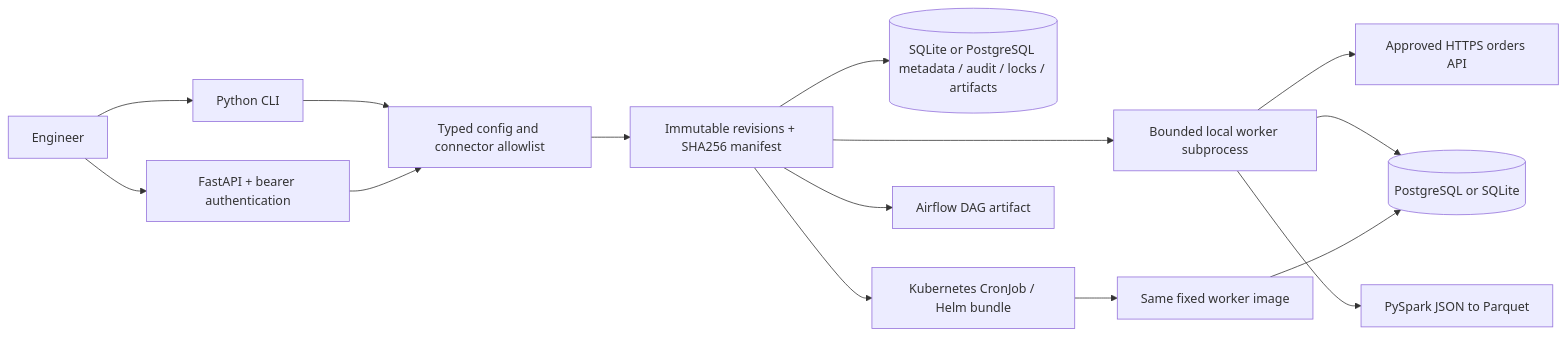
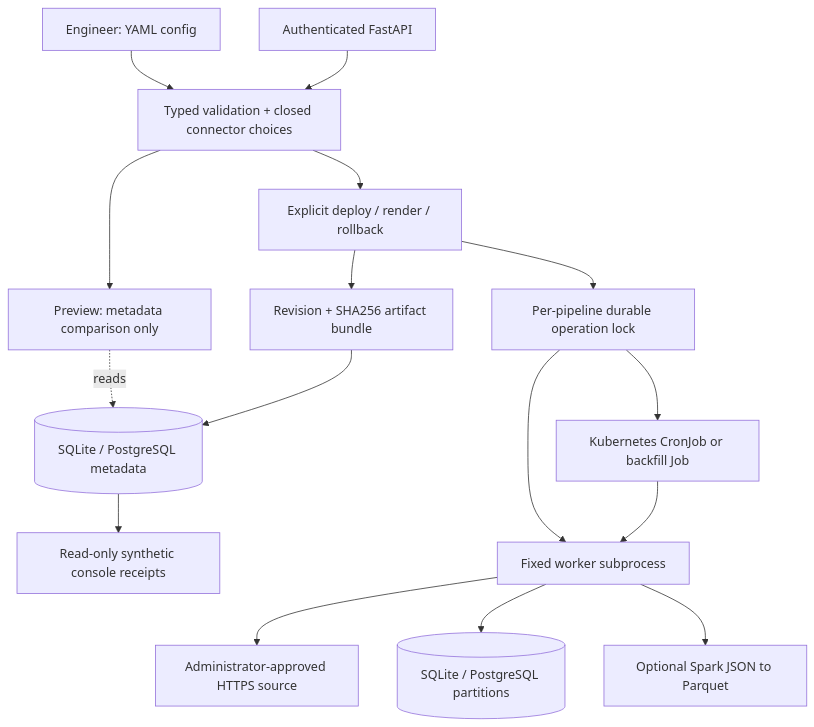
Before and after one commit to 9059Rohith/pipefoundry: the diagram in README.md, drawn with Mermaid. The commit also changed other lines of this file and 25 other files, not shown here.

Commit message:
Add authenticated deployment preview with safe canonical changes

````diff
--- a/README.md
+++ b/README.md
@@ -33,17 +23,18 @@
 ```mermaid
-flowchart LR
-  U[Engineer] --> CLI[Python CLI]
-  U --> API[FastAPI + bearer authentication]
-  CLI --> V[Typed config and connector allowlist]
-  API --> V
-  V --> R[Immutable revisions + SHA256 manifest]
-  R --> M[(SQLite or PostgreSQL metadata / audit / locks / artifacts)]
-  R --> L[Bounded local worker subprocess]
-  R --> K[Kubernetes CronJob / Helm bundle]
-  R --> A[Airflow DAG artifact]
-  L --> H[Approved HTTPS orders API]
-  L --> P[(PostgreSQL or SQLite)]
-  L --> S[PySpark JSON to Parquet]
-  K --> W[Same fixed worker image]
-  W --> P
+flowchart TD
+  E[Engineer: YAML config] --> V[Typed validation + closed connector choices]
+  API[Authenticated FastAPI] --> V
+  V --> P[Preview: metadata comparison only]
+  P -. reads .-> DB[(SQLite / PostgreSQL metadata)]
+  V --> D[Explicit deploy / render / rollback]
+  D --> R[Revision + SHA256 artifact bundle]
+  R --> DB
+  D --> O[Per-pipeline durable operation lock]
+  O --> W[Fixed worker subprocess]
+  O --> K[Kubernetes CronJob or backfill Job]
+  W --> H[Administrator-approved HTTPS source]
+  W --> SQL[(SQLite / PostgreSQL partitions)]
+  W --> S[Optional Spark JSON to Parquet]
+  K --> W
+  DB --> C[Read-only synthetic console receipts]
 ```
````
